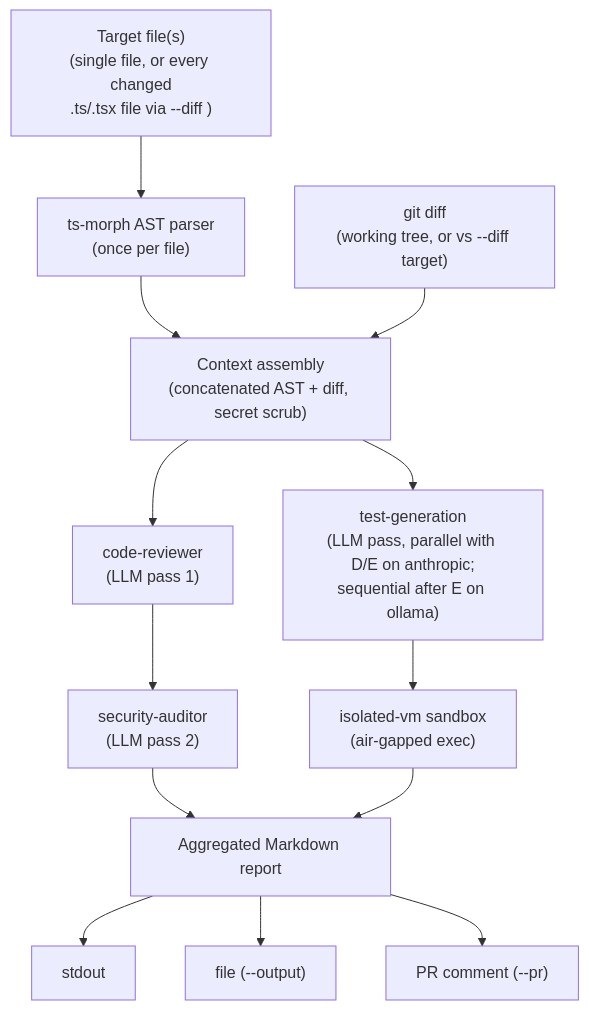
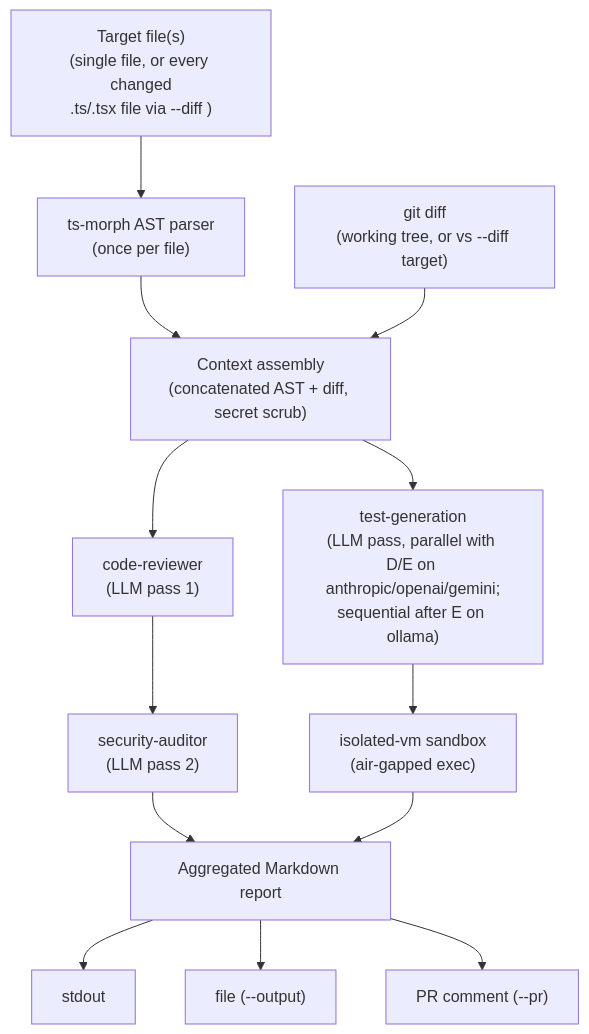
The diagram in docs/ARCHITECTURE.md (dallaskoncir/slipstream), drawn with Mermaid before and after one commit. The commit also changed other lines of this file and 1 other file, not shown here.

First line of the commit message:
Fix stale anthropic-vs-ollama concurrency docs after adding openai/gemini

````diff
--- a/docs/ARCHITECTURE.md
+++ b/docs/ARCHITECTURE.md
@@ -9,15 +9,15 @@
 ```mermaid
 flowchart TD
     A["Target file(s)<br/>(single file, or every changed<br/>.ts/.tsx file via --diff <target>)"] --> A2["ts-morph AST parser<br/>(once per file)"]
     A2 --> C["Context assembly<br/>(concatenated AST + diff, secret scrub)"]
     B["git diff<br/>(working tree, or vs --diff target)"] --> C
     C --> D["code-reviewer<br/>(LLM pass 1)"]
     D --> E["security-auditor<br/>(LLM pass 2)"]
-    C --> F["test-generation<br/>(LLM pass, parallel with D/E on anthropic;<br/>sequential after E on ollama)"]
+    C --> F["test-generation<br/>(LLM pass, parallel with D/E on anthropic/openai/gemini;<br/>sequential after E on ollama)"]
     F --> G["isolated-vm sandbox<br/>(air-gapped exec)"]
     E --> H["Aggregated Markdown report"]
     G --> H
     H --> I["stdout"]
     H --> J["file (--output)"]
     H --> K["PR comment (--pr)"]
 ```
````
